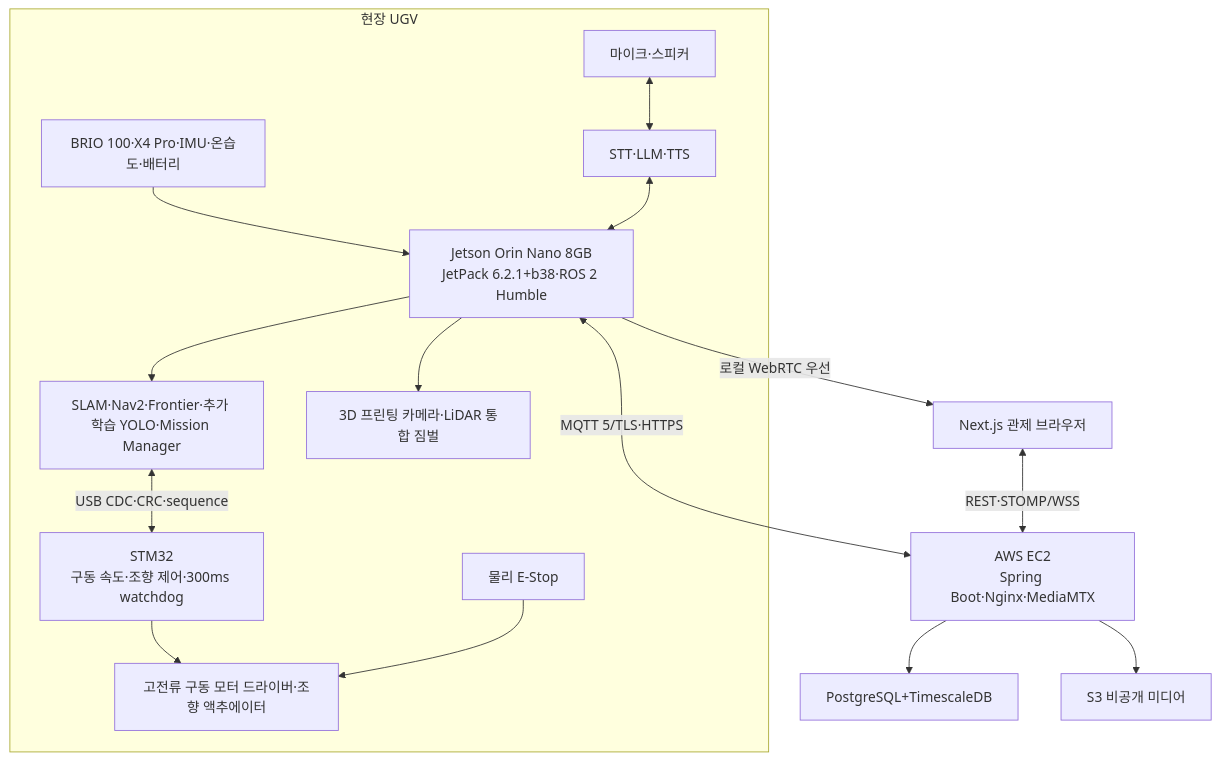
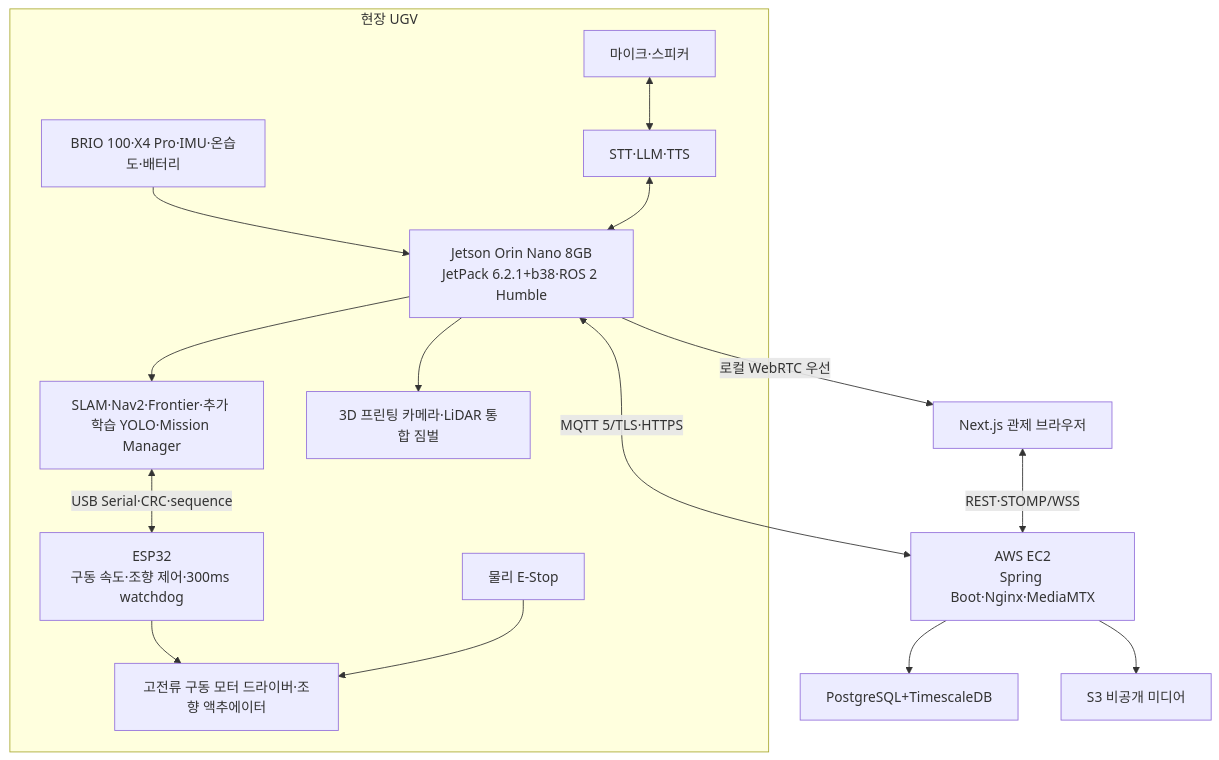
Before and after one commit to Common-AIOT/Sentinel-UGV: the diagram in docs/01-프로젝트-개요.md, drawn with Mermaid. The commit also changed other lines of this file and 8 other files, not shown here.

````diff
--- a/docs/01-프로젝트-개요.md
+++ b/docs/01-프로젝트-개요.md
@@ -178,18 +180,18 @@
 ```mermaid
 flowchart TB
     subgraph field["현장 UGV"]
         sensors["BRIO 100·X4 Pro·IMU·온습도·배터리"] --> jetson["Jetson Orin Nano 8GB\nJetPack 6.2.1+b38·ROS 2 Humble"]
         jetson --> autonomy["SLAM·Nav2·Frontier·추가 학습 YOLO·Mission Manager"]
         audio["마이크·스피커"] <--> voice["STT·LLM·TTS"]
         voice <--> jetson
-        autonomy <-->|"USB CDC·CRC·sequence"| stm32["STM32\n구동 속도·조향 제어·300ms watchdog"]
-        stm32 --> driver["고전류 구동 모터 드라이버·조향 액추에이터"]
+        autonomy <-->|"USB Serial·CRC·sequence"| esp32["ESP32\n구동 속도·조향 제어·300ms watchdog"]
+        esp32 --> driver["고전류 구동 모터 드라이버·조향 액추에이터"]
         estop["물리 E-Stop"] --> driver
         jetson --> gimbal["3D 프린팅 카메라·LiDAR 통합 짐벌"]
     end
     jetson <-->|"MQTT 5/TLS·HTTPS"| cloud["AWS EC2\nSpring Boot·Nginx·MediaMTX"]
     cloud --> db["PostgreSQL+TimescaleDB"]
     cloud --> s3["S3 비공개 미디어"]
     browser["Next.js 관제 브라우저"] <-->|"REST·STOMP/WSS"| cloud
     jetson -->|"로컬 WebRTC 우선"| browser
 ```
````
